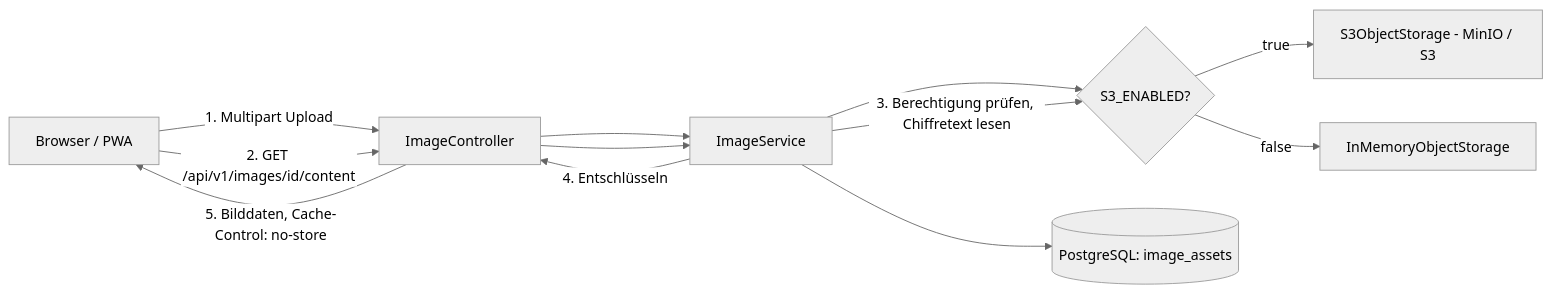
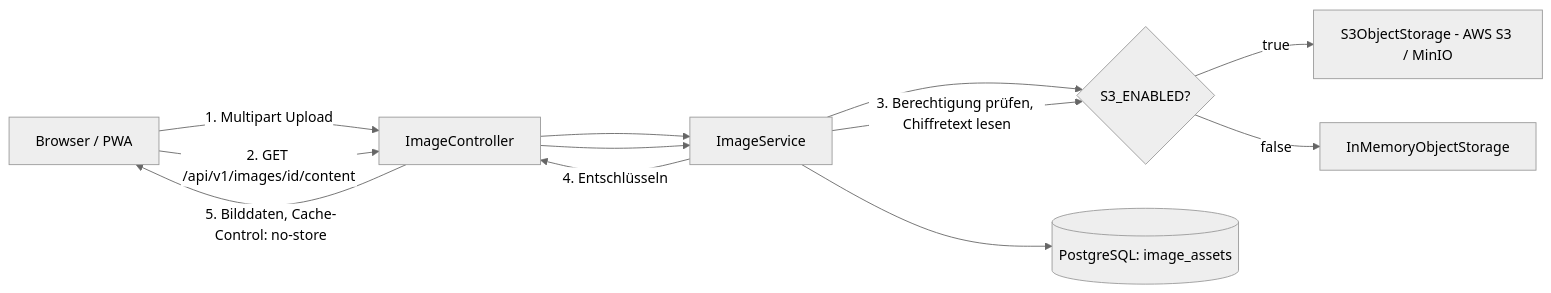
The first of 2 diagrams in docs/baseservice/06-integrations.md (damaurer/vereint), drawn with Mermaid (neutral theme) before and after one commit. The commit also changed other lines of this file and 32 other files, not shown here.

````diff
--- a/docs/baseservice/06-integrations.md
+++ b/docs/baseservice/06-integrations.md
@@ -11,15 +11,15 @@
 ```mermaid
 graph LR
   Client[Browser / PWA] -->|1. Multipart Upload| Ctrl[ImageController]
   Ctrl --> Svc[ImageService]
   Svc --> Store{S3_ENABLED?}
-  Store -- true --> S3[S3ObjectStorage - MinIO / S3]
+  Store -- true --> S3[S3ObjectStorage - AWS S3 / MinIO]
   Store -- false --> Mem[InMemoryObjectStorage]
   Svc --> DB[(PostgreSQL: image_assets)]
 
   Client -->|2. GET /api/v1/images/id/content| Ctrl
   Ctrl --> Svc
   Svc -->|3. Berechtigung prüfen, Chiffretext lesen| Store
   Svc -->|4. Entschlüsseln| Ctrl
   Ctrl -->|5. Bilddaten, Cache-Control: no-store| Client
 ```
````
